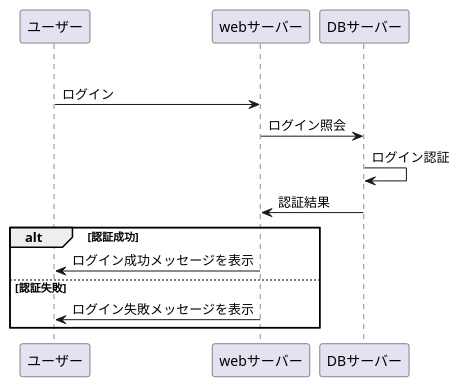
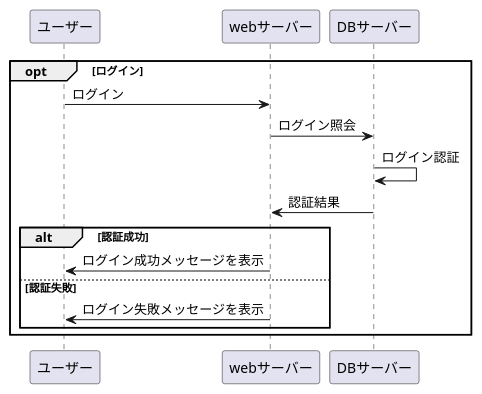
The diagram in sample.md (Aso2001025/2021-sys-design), drawn with PlantUML before and after one commit.

````diff
--- a/sample.md
+++ b/sample.md
@@ -1,16 +1,17 @@
 ```uml
   @startuml
     opt ログイン
       ユーザー -> webサーバー: ログイン
       webサーバー -> DBサーバー: ログイン照会
       DBサーバー -> DBサーバー: ログイン認証
       DBサーバー -> webサーバー: 認証結果
       alt 認証成功
         webサーバー -> ユーザー: ログイン成功メッセージを表示
       else 認証失敗
         webサーバー -> ユーザー: ログイン失敗メッセージを表示
+      end
      end
       
     
   @enduml
 ```
````
